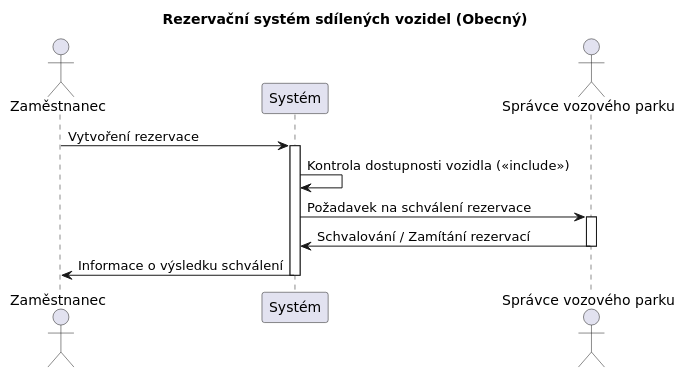
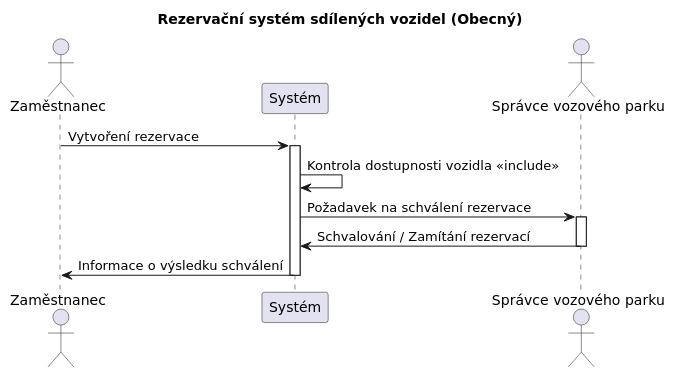
The diagram in diagrams/sekvencni/Sekvencni_RezervacniSystemSdilenychVozidelObecny.puml (Sosto1/Car-side), drawn with PlantUML before and after one commit. The commit also changed other lines of this file and 17 other files, not shown here.

```diff
--- a/diagrams/sekvencni/Sekvencni_RezervacniSystemSdilenychVozidelObecny.puml
+++ b/diagrams/sekvencni/Sekvencni_RezervacniSystemSdilenychVozidelObecny.puml
@@ -1,18 +1,58 @@
 @startuml
 skinparam defaultFontName "DejaVu Sans"
+
+' ============================================================
+' Diagram: Rezervacni system sdilenych vozidel (Obecny)
+' ============================================================
+' Ucel:
+'   Zakladni, zjednoduseny proces vytvoreni a schvaleni rezervace
+'   vozidla. Zachycuje klicovy tok od zadosti zamestnance az po
+'   vysledek schvalovaciho rozhodnutí spravce.
+'
+' Akteri:
+'   - Zamestnanec: iniciuje rezervaci, prijima vysledek
+'   - System: validuje dostupnost vozidla, zprostredkovava
+'     schvalovaci process
+'   - Spravce vozoveho parku: schvaluje nebo zamita pozadavek
+'
+' Hlavni tok:
+'   1. Zamestnanec vytvori pozadavek na rezervaci vozidla.
+'   2. System provede kontrolu dostupnosti vybranaho vozidla
+'      v pozadovanem terminu <<include>> – povinny krok.
+'   3. System preda pozadavek Spravci vozoveho parku ke schvaleni.
+'   4. Spravce rezervaci bud schvali, nebo zamitne.
+'   5. System informuje Zamestnance o vysledku schvalovaciho procesu.
+'
+' Poznamka:
+'   Tento diagram je obecnym (zjednodusenim) pohledem.
+'   Podrobny tok vcetne stavu rezervace a emailovych notifikaci
+'   viz diagram "Sprava rezervaci (Detailni flow s notifikacemi)".
+' ============================================================
+
 title Rezervační systém sdílených vozidel (Obecný)
 
 actor "Zaměstnanec" as Emp
 participant "Systém" as Sys
 actor "Správce vozového parku" as Manager
 
+' KROK 1: Zamestnanec vytvori pozadavek na rezervaci vozidla
 Emp -> Sys: Vytvoření rezervace
 activate Sys
-Sys -> Sys: Kontrola dostupnosti vozidla (<<include>>)
+
+' KROK 2 (<<include>>): System povinne overi dostupnost vozidla
+'   v pozadovanem terminu (kontrola prekryvu aktivnich rezervaci)
+Sys -> Sys: Kontrola dostupnosti vozidla <<include>>
+
+' KROK 3: System preda pozadavek spravci ke schvaleni
 Sys -> Manager: Požadavek na schválení rezervace
 activate Manager
+
+' KROK 4: Spravce se rozhodne – schvali nebo zamitne rezervaci
 Manager -> Sys: Schvalování / Zamítání rezervací
 deactivate Manager
+
+' KROK 5: System informuje zamestnance o vysledku
 Sys -> Emp: Informace o výsledku schválení
 deactivate Sys
+
 @enduml
```
